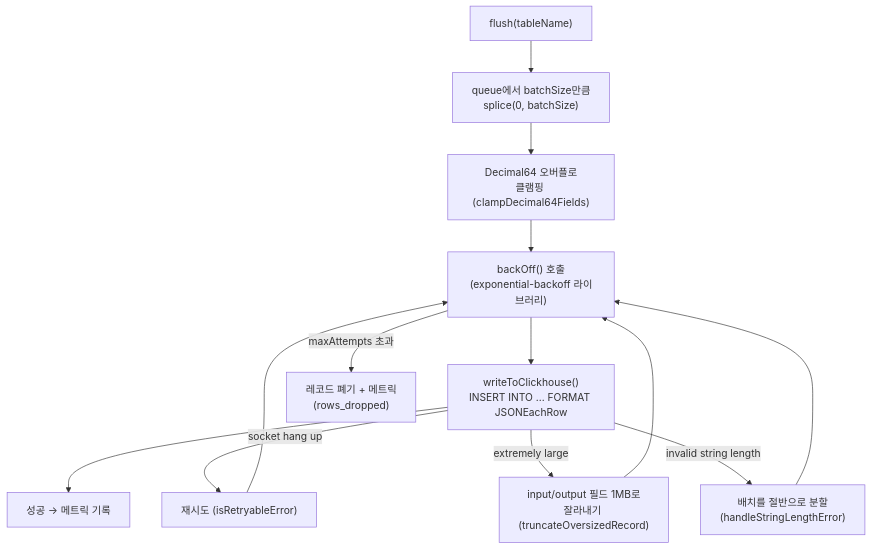
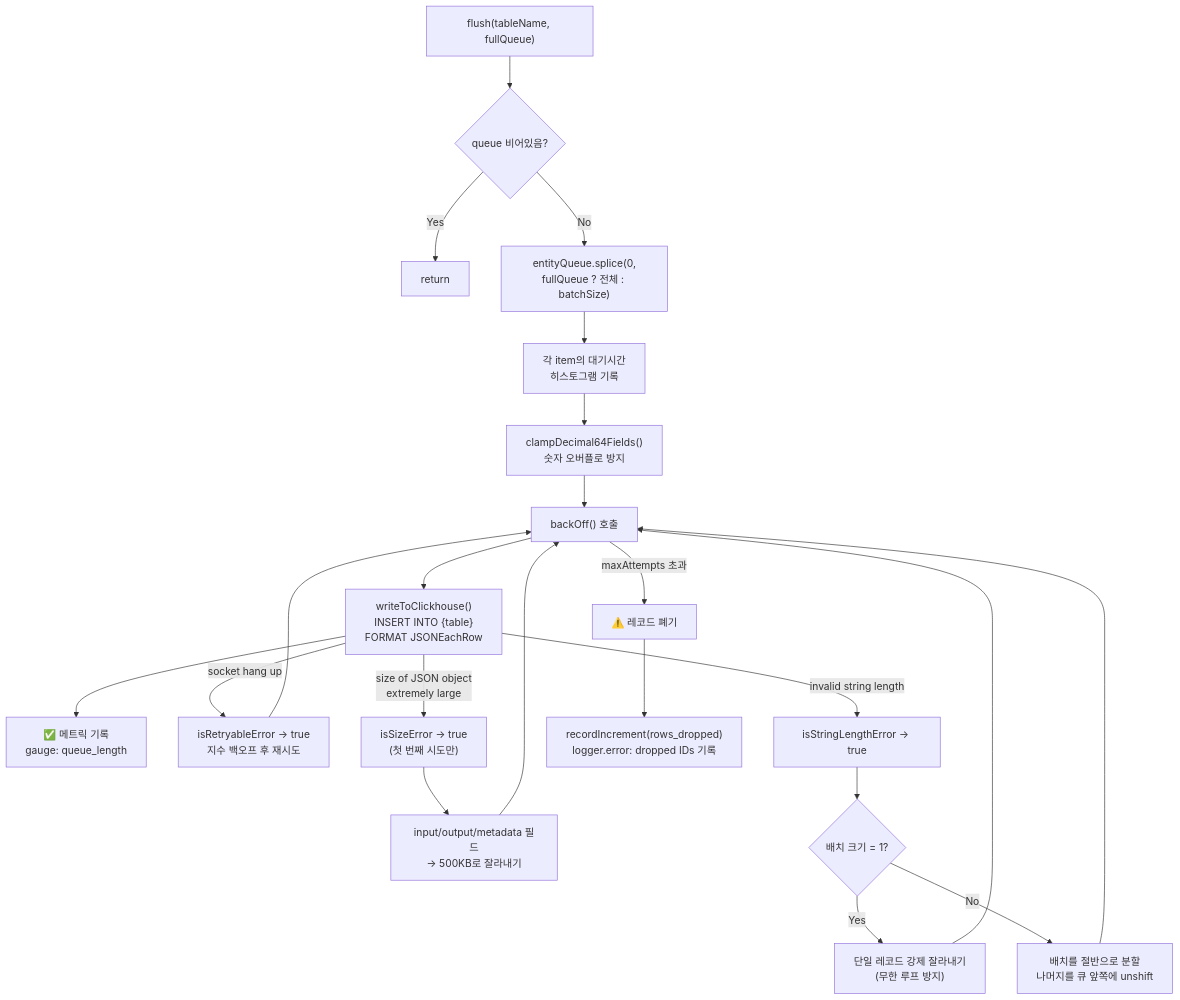
One commit to dhs-shine/langfuse changed the seventh of 7 diagrams in docs/50-source-analysis/11-worker-source-breakdown.md. Above: the diagram before and after it, drawn with Mermaid. The commit also changed other lines of this file and 3 other files, not shown here.

````diff
--- a/docs/50-source-analysis/11-worker-source-breakdown.md
+++ b/docs/50-source-analysis/11-worker-source-breakdown.md
@@ -230,19 +273,31 @@
 ```mermaid
 flowchart TD
-    F["flush(tableName)"] --> Splice["queue에서 batchSize만큼<br/>splice(0, batchSize)"]
-    Splice --> Clamp["Decimal64 오버플로<br/>클램핑 (clampDecimal64Fields)"]
-    Clamp --> BackOff["backOff() 호출<br/>(exponential-backoff 라이브러리)"]
+    F["flush(tableName, fullQueue)"] --> Empty{queue 비어있음?}
+    Empty -- Yes --> Return["return"]
+    Empty -- No --> Splice["entityQueue.splice(0,<br/>fullQueue ? 전체 : batchSize)"]
 
-    BackOff --> Write["writeToClickhouse()<br/>INSERT INTO ... FORMAT JSONEachRow"]
-    Write --> Success[성공 → 메트릭 기록]
+    Splice --> WaitLog["각 item의 대기시간<br/>히스토그램 기록"]
+    WaitLog --> Clamp["clampDecimal64Fields()<br/>숫자 오버플로 방지"]
+    Clamp --> BackOff["backOff() 호출"]
 
-    Write -- socket hang up --> Retry["재시도 (isRetryableError)"]
-    Write -- extremely large --> Truncate["input/output 필드 1MB로<br/>잘라내기 (truncateOversizedRecord)"]
-    Write -- invalid string length --> Split["배치를 절반으로 분할<br/>(handleStringLengthError)"]
+    BackOff --> Write["writeToClickhouse()<br/>INSERT INTO {table}<br/>FORMAT JSONEachRow"]
 
-    Retry --> BackOff
-    Truncate --> BackOff
-    Split --> BackOff
+    Write --> Success["✅ 메트릭 기록<br/>gauge: queue_length"]
 
-    BackOff -- maxAttempts 초과 --> Drop["레코드 폐기 + 메트릭<br/>(rows_dropped)"]
+    Write -- "socket hang up" --> RetryA["isRetryableError → true<br/>지수 백오프 후 재시도"]
+    RetryA --> BackOff
+
+    Write -- "size of JSON object<br/>extremely large" --> Truncate["isSizeError → true<br/>(첫 번째 시도만)"]
+    Truncate --> TruncFields["input/output/metadata 필드<br/>→ 500KB로 잘라내기"]
+    TruncFields --> BackOff
+
+    Write -- "invalid string length" --> StringLen["isStringLengthError → true"]
+    StringLen --> SplitCheck{배치 크기 = 1?}
+    SplitCheck -- Yes --> ForceTrunc["단일 레코드 강제 잘라내기<br/>(무한 루프 방지)"]
+    SplitCheck -- No --> HalfSplit["배치를 절반으로 분할<br/>나머지를 큐 앞쪽에 unshift"]
+    ForceTrunc --> BackOff
+    HalfSplit --> BackOff
+
+    BackOff -- "maxAttempts 초과" --> Drop["⚠️ 레코드 폐기"]
+    Drop --> DropMetric["recordIncrement(rows_dropped)<br/>logger.error: dropped IDs 기록"]
 ```
````
